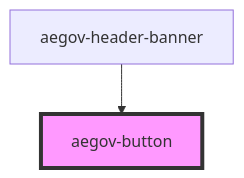
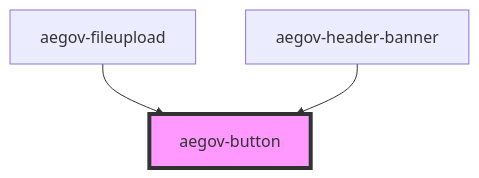
Before and after one commit to TDRA-ae/aegov-designsystem: the diagram in src/components/aegov-button/readme.md, drawn with Mermaid. The commit also changed other lines of this file and 17 other files, not shown here.

````diff
--- a/src/components/aegov-button/readme.md
+++ b/src/components/aegov-button/readme.md
@@ -68,5 +69,6 @@
 ```mermaid
 graph TD;
+  aegov-fileupload --> aegov-button
   aegov-header-banner --> aegov-button
   style aegov-button fill:#f9f,stroke:#333,stroke-width:4px
 ```
````
